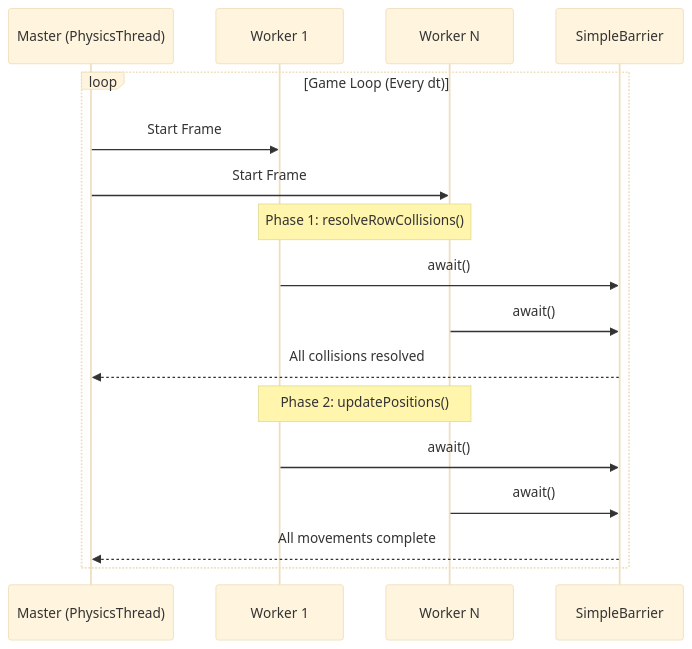
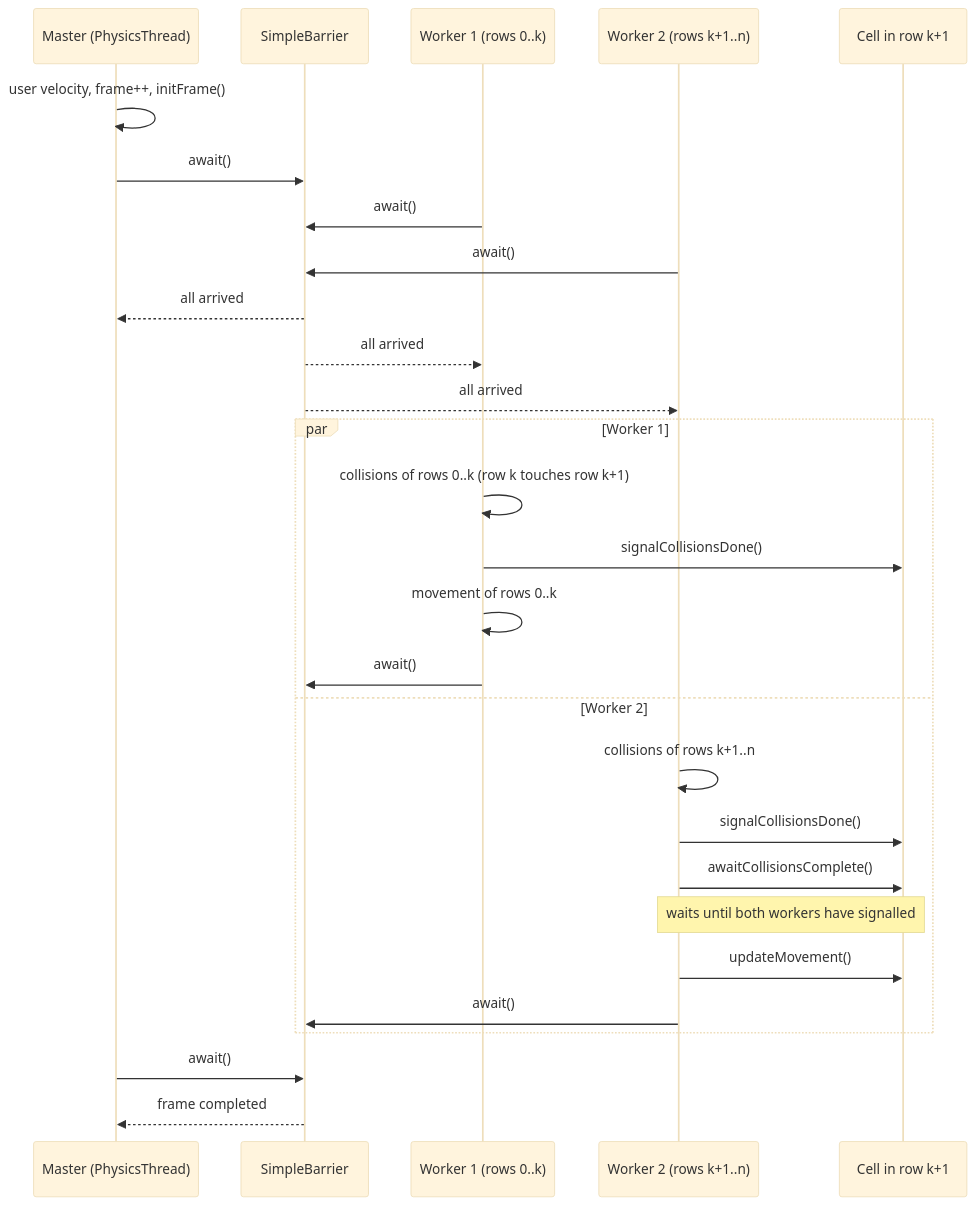
Before and after one commit to eduardalexandrut/concurrent-pool: the sixth of 8 diagrams in docs/design.md, drawn with Mermaid (base theme). The commit also changed other lines of this file and 4 other files, not shown here.

````diff
--- a/docs/design.md
+++ b/docs/design.md
@@ -71,22 +399,32 @@
 ```mermaid
 sequenceDiagram
     participant Master as Master (PhysicsThread)
-    participant W1 as Worker 1
-    participant WN as Worker N
     participant B as SimpleBarrier
+    participant W1 as Worker 1 (rows 0..k)
+    participant W2 as Worker 2 (rows k+1..n)
+    participant C as Cell in row k+1
 
-    loop Game Loop (Every dt)
-        Master->>W1: Start Frame
-        Master->>WN: Start Frame
-        
-        Note over W1, WN: Phase 1: resolveRowCollisions()
+    Master->>Master: user velocity, frame++, initFrame()
+    Master->>B: await()
+    W1->>B: await()
+    W2->>B: await()
+    B-->>Master: all arrived
+    B-->>W1: all arrived
+    B-->>W2: all arrived
+
+    par Worker 1
+        W1->>W1: collisions of rows 0..k (row k touches row k+1)
+        W1->>C: signalCollisionsDone()
+        W1->>W1: movement of rows 0..k
         W1->>B: await()
-        WN->>B: await()
-        B-->>Master: All collisions resolved
-        
-        Note over W1, WN: Phase 2: updatePositions()
-        W1->>B: await()
-        WN->>B: await()
-        B-->>Master: All movements complete
+    and Worker 2
+        W2->>W2: collisions of rows k+1..n
+        W2->>C: signalCollisionsDone()
+        W2->>C: awaitCollisionsComplete()
+        Note over W2,C: waits until both workers have signalled
+        W2->>C: updateMovement()
+        W2->>B: await()
     end
+    Master->>B: await()
+    B-->>Master: frame completed
 ```
````
